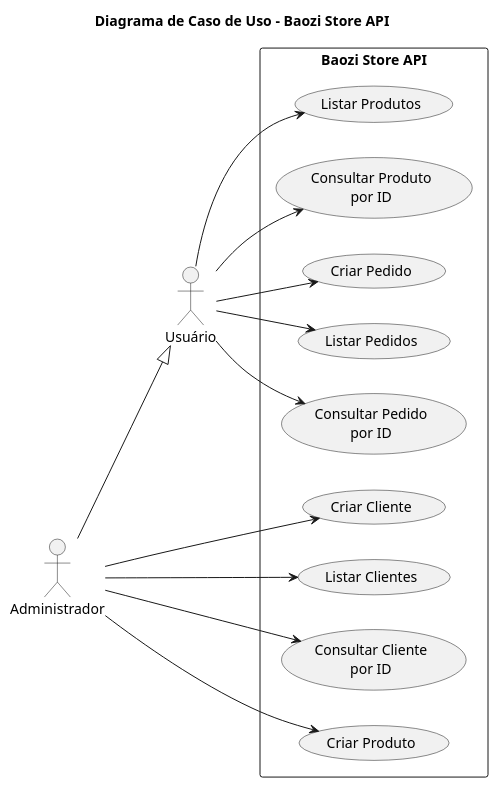
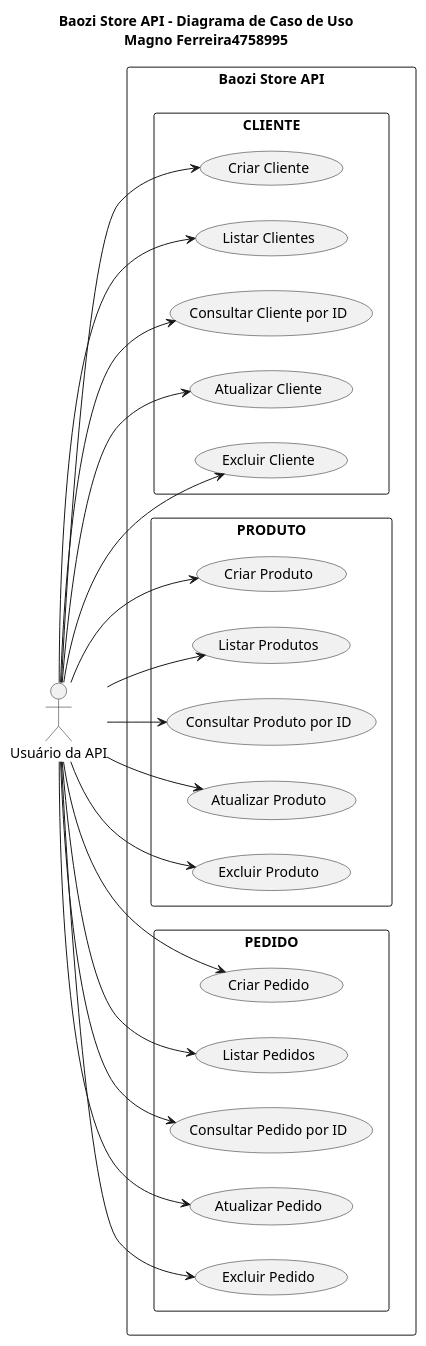
The diagram in docs/uml/caso-de-uso.puml (MagnoDevbraul/baozi-store-api), drawn with PlantUML before and after one commit. The commit also changed other lines of this file, not shown here.

Commit message:
docs: adicionando diagrama de casos de uso da Baozi Store API

```diff
--- a/docs/uml/caso-de-uso.puml
+++ b/docs/uml/caso-de-uso.puml
@@ -2,43 +1,58 @@
 @startuml
 
-title Diagrama de Caso de Uso - Baozi Store API
-
-' Projeto: Baozi Store API
-' Aluno: Magno
-' RU: 4758995
+title Baozi Store API - Diagrama de Caso de Uso\nMagno Ferreira4758995
 
 left to right direction
 
-actor "Usuário" as usuario
-actor "Administrador" as administrador
-
-administrador --|> usuario
+actor "Usuário da API" as Usuario
 
 rectangle "Baozi Store API" {
 
-    usecase "Listar Produtos" as UC01
-    usecase "Consultar Produto\npor ID" as UC02
+    rectangle "CLIENTE" as Cliente {
+        usecase "Criar Cliente" as C1
+        usecase "Listar Clientes" as C2
+        usecase "Consultar Cliente por ID" as C3
+        usecase "Atualizar Cliente" as C4
+        usecase "Excluir Cliente" as C5
+    }
 
-    usecase "Criar Pedido" as UC03
-    usecase "Listar Pedidos" as UC04
-    usecase "Consultar Pedido\npor ID" as UC05
+    rectangle "PRODUTO" as Produto {
+        usecase "Criar Produto" as P1
+        usecase "Listar Produtos" as P2
+        usecase "Consultar Produto por ID" as P3
+        usecase "Atualizar Produto" as P4
+        usecase "Excluir Produto" as P5
+    }
 
-    usecase "Criar Cliente" as UC06
-    usecase "Listar Clientes" as UC07
-    usecase "Consultar Cliente\npor ID" as UC08
-
-    usecase "Criar Produto" as UC09
+    rectangle "PEDIDO" as Pedido {
+        usecase "Criar Pedido" as PD1
+        usecase "Listar Pedidos" as PD2
+        usecase "Consultar Pedido por ID" as PD3
+        usecase "Atualizar Pedido" as PD4
+        usecase "Excluir Pedido" as PD5
+    }
 }
 
-usuario --> UC01
-usuario --> UC02
-usuario --> UC03
-usuario --> UC04
-usuario --> UC05
+' ==========================
+' RELACIONAMENTOS
+' ==========================
 
-administrador --> UC06
-administrador --> UC07
-administrador --> UC08
-administrador --> UC09
+Usuario --> C1
+Usuario --> C2
+Usuario --> C3
+Usuario --> C4
+Usuario --> C5
+
+Usuario --> P1
+Usuario --> P2
+Usuario --> P3
+Usuario --> P4
+Usuario --> P5
+
+Usuario --> PD1
+Usuario --> PD2
+Usuario --> PD3
+Usuario --> PD4
+Usuario --> PD5
 
 @enduml
```
